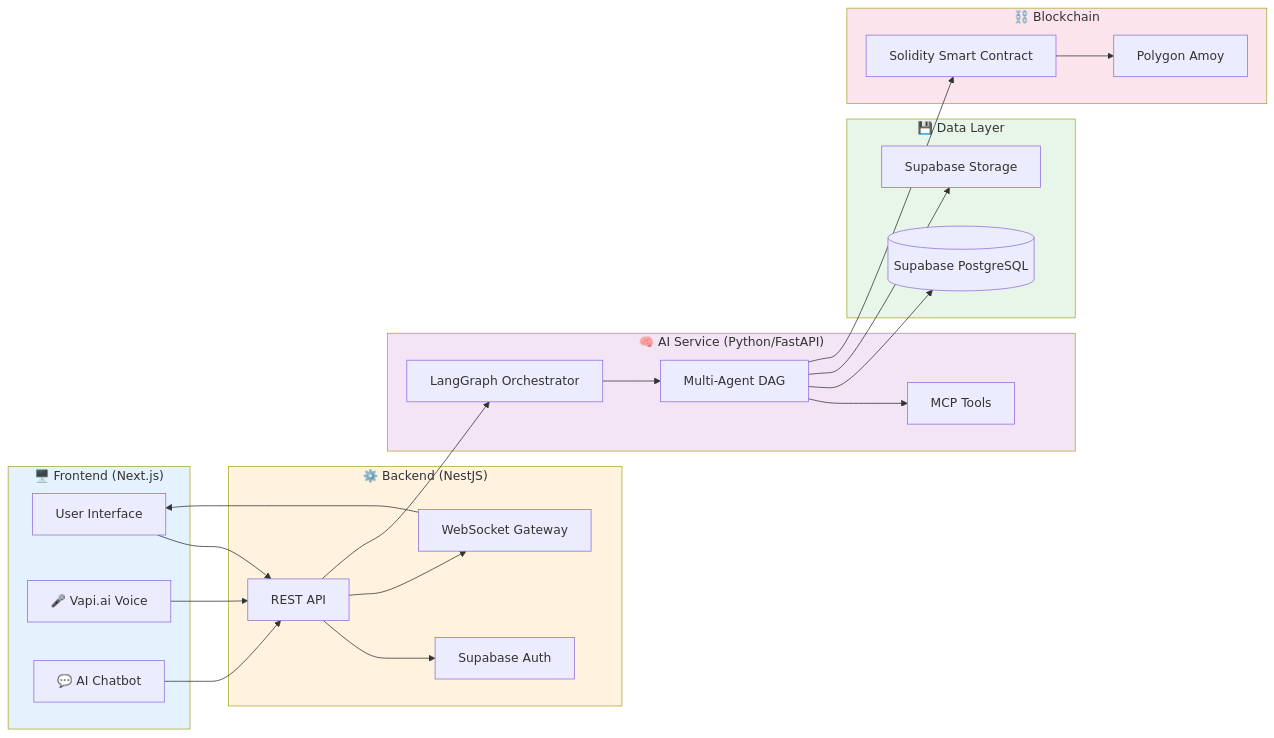
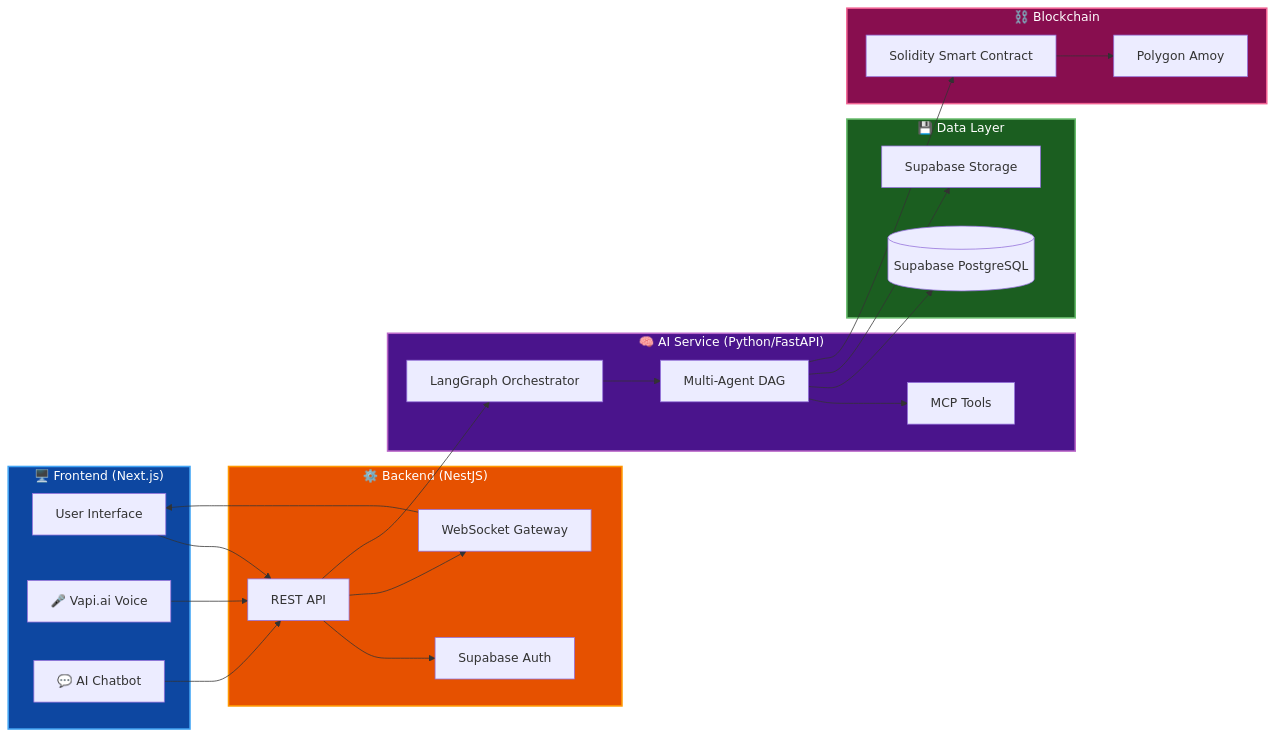
One commit to HORRIDBEAST/DecDemo changed the second of 2 diagrams in README.md. Above: the diagram before and after it, drawn with Mermaid. The commit also changed other lines of this file, not shown here.

Commit message:
Add YouTube link and optimize layer colors in README
Added a YouTube video link for project walkthrough and updated layer colors for better visibility.

````diff
--- a/README.md
+++ b/README.md
@@ -176,50 +176,53 @@
 ```mermaid
 graph LR
     subgraph Client ["🖥️ Frontend (Next.js)"]
         UI[User Interface]
         Voice[🎤 Vapi.ai Voice]
         Chatbot[💬 AI Chatbot]
     end
     
     subgraph Backend ["⚙️ Backend (NestJS)"]
         API[REST API]
         WS[WebSocket Gateway]
         Auth[Supabase Auth]
     end
     
     subgraph AI ["🧠 AI Service (Python/FastAPI)"]
         LG[LangGraph Orchestrator]
         Agents[Multi-Agent DAG]
         MCP[MCP Tools]
     end
     
     subgraph Data ["💾 Data Layer"]
         DB[(Supabase PostgreSQL)]
         Storage[Supabase Storage]
     end
     
     subgraph Blockchain ["⛓️ Blockchain"]
         Contract[Solidity Smart Contract]
         Polygon[Polygon Amoy]
     end
     
     UI --> API
     Voice --> API
     Chatbot --> API
     API --> Auth
     API --> WS
     API --> LG
     WS --> UI
     LG --> Agents
     Agents --> MCP
     Agents --> DB
     Agents --> Storage
     Agents --> Contract
     Contract --> Polygon
-    
-    style Client fill:#e3f2fd
-    style Backend fill:#fff3e0
-    style AI fill:#f3e5f5
-    style Data fill:#e8f5e9
-    style Blockchain fill:#fce4ec
+
+    %% LAYER COLORS (Optimized for Black Background)
+
+    style Client fill:#0D47A1,color:#ffffff,stroke:#42A5F5,stroke-width:2px
+    style Backend fill:#E65100,color:#ffffff,stroke:#FF9800,stroke-width:2px
+    style AI fill:#4A148C,color:#ffffff,stroke:#BA68C8,stroke-width:2px
+    style Data fill:#1B5E20,color:#ffffff,stroke:#66BB6A,stroke-width:2px
+    style Blockchain fill:#880E4F,color:#ffffff,stroke:#F06292,stroke-width:2px
+
 ```
````
